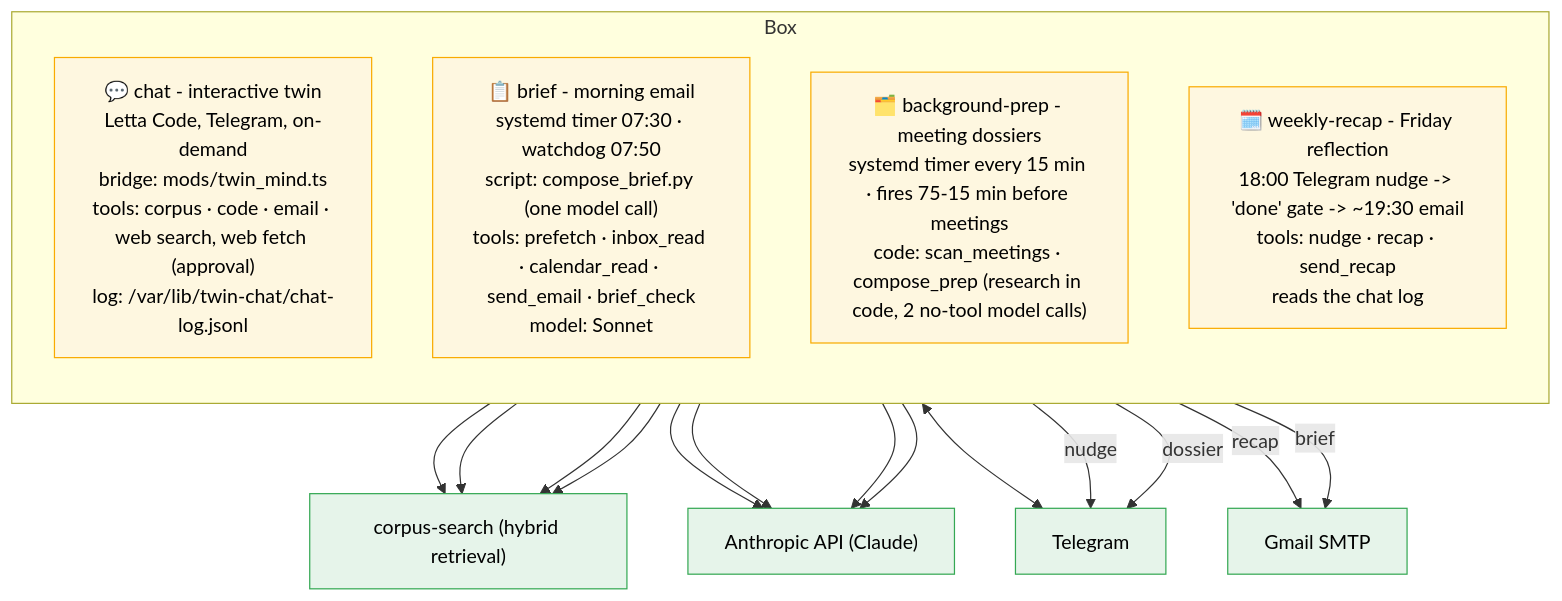
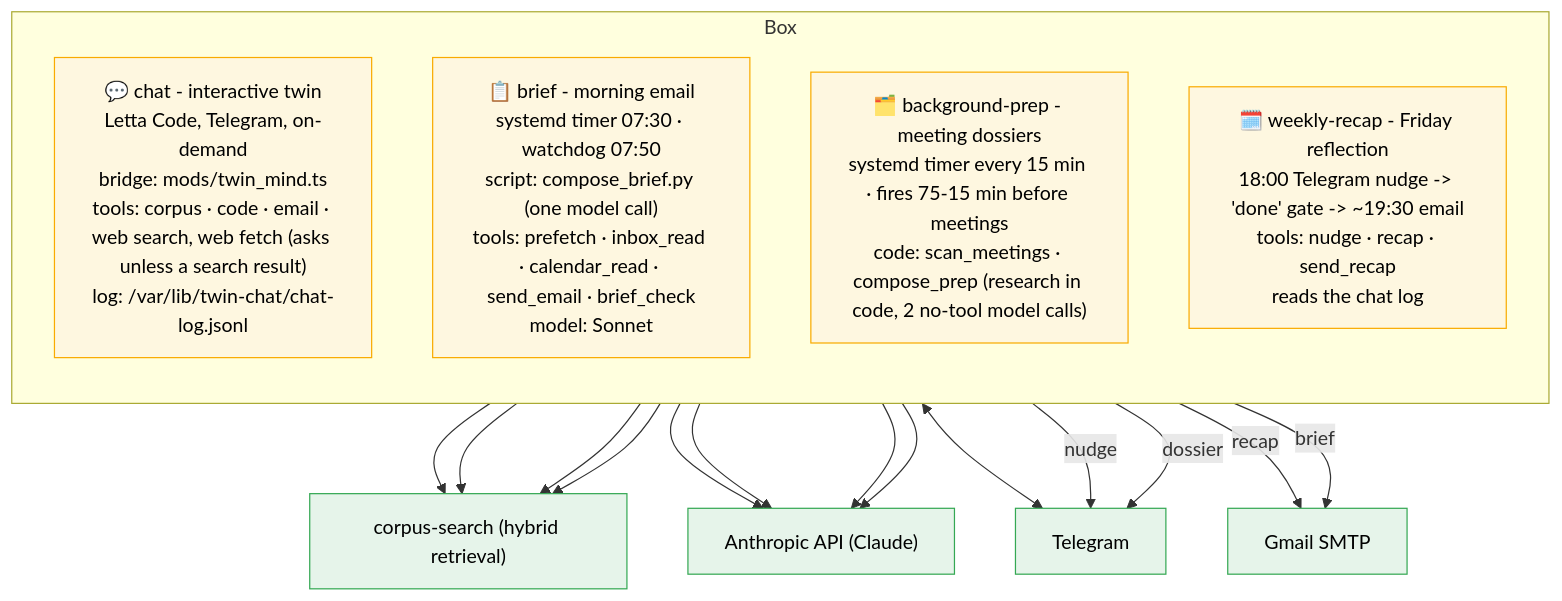
One commit to danielpuri1901/twin-mind changed the fourth of 6 diagrams in docs/architecture-map.md. Above: the diagram before and after it, drawn with Mermaid. The commit also changed 6 other files, not shown here.

First line of the commit message:
fix(chat): replies always reach Telegram, and search results fetch without asking

````diff
--- a/docs/architecture-map.md
+++ b/docs/architecture-map.md
@@ -149,32 +149,32 @@
 ```mermaid
 flowchart TB
     subgraph RT["Box"]
         direction TB
-        CHAT["💬 chat - interactive twin<br/>Letta Code, Telegram, on-demand<br/>bridge: mods/twin_mind.ts<br/>tools: corpus · code · email · web search, web fetch (approval)<br/>log: /var/lib/twin-chat/chat-log.jsonl"]
+        CHAT["💬 chat - interactive twin<br/>Letta Code, Telegram, on-demand<br/>bridge: mods/twin_mind.ts<br/>tools: corpus · code · email · web search, web fetch (asks unless a search result)<br/>log: /var/lib/twin-chat/chat-log.jsonl"]
         BRIEF["📋 brief - morning email<br/>systemd timer 07:30 · watchdog 07:50<br/>script: compose_brief.py (one model call)<br/>tools: prefetch · inbox_read · calendar_read · send_email · brief_check<br/>model: Sonnet"]
         PREP["🗂️ background-prep - meeting dossiers<br/>systemd timer every 15 min · fires 75-15 min before meetings<br/>code: scan_meetings · compose_prep (research in code, 2 no-tool model calls)"]
         RECAP["🗓️ weekly-recap - Friday reflection<br/>18:00 Telegram nudge -> 'done' gate -> ~19:30 email<br/>tools: nudge · recap · send_recap<br/>reads the chat log"]
     end
 
     CORPUS["corpus-search (hybrid retrieval)"]
     BED["Anthropic API (Claude)"]
     TG["Telegram"]
     MAIL["Gmail SMTP"]
 
     CHAT --> CORPUS
     BRIEF --> CORPUS
     PREP --> CORPUS
     RECAP --> CORPUS
     CHAT & BRIEF & PREP & RECAP --> BED
 
     CHAT <--> TG
     RECAP -->|nudge| TG
     RECAP -->|recap| MAIL
     BRIEF -->|brief| MAIL
     PREP -->|dossier| TG
 
     classDef agent fill:#fef7e0,stroke:#f9ab00,color:#000
     classDef svc fill:#e6f4ea,stroke:#34a853,color:#000
     class CHAT,BRIEF,PREP,RECAP agent
     class CORPUS,BED,TG,MAIL svc
 ```
````
